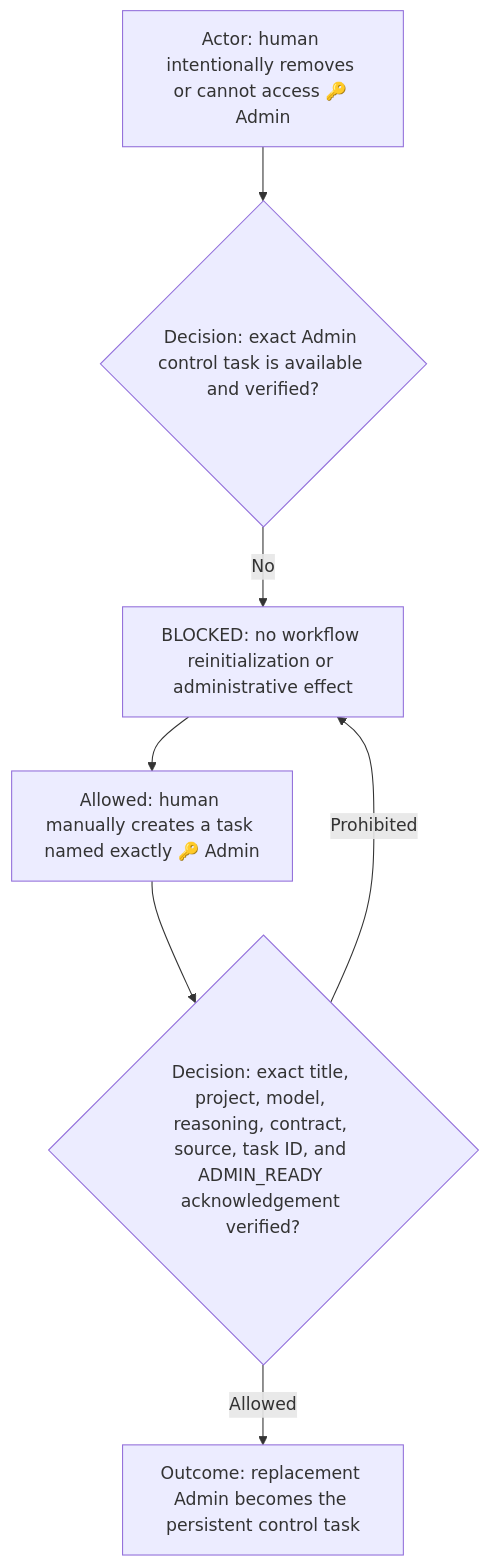
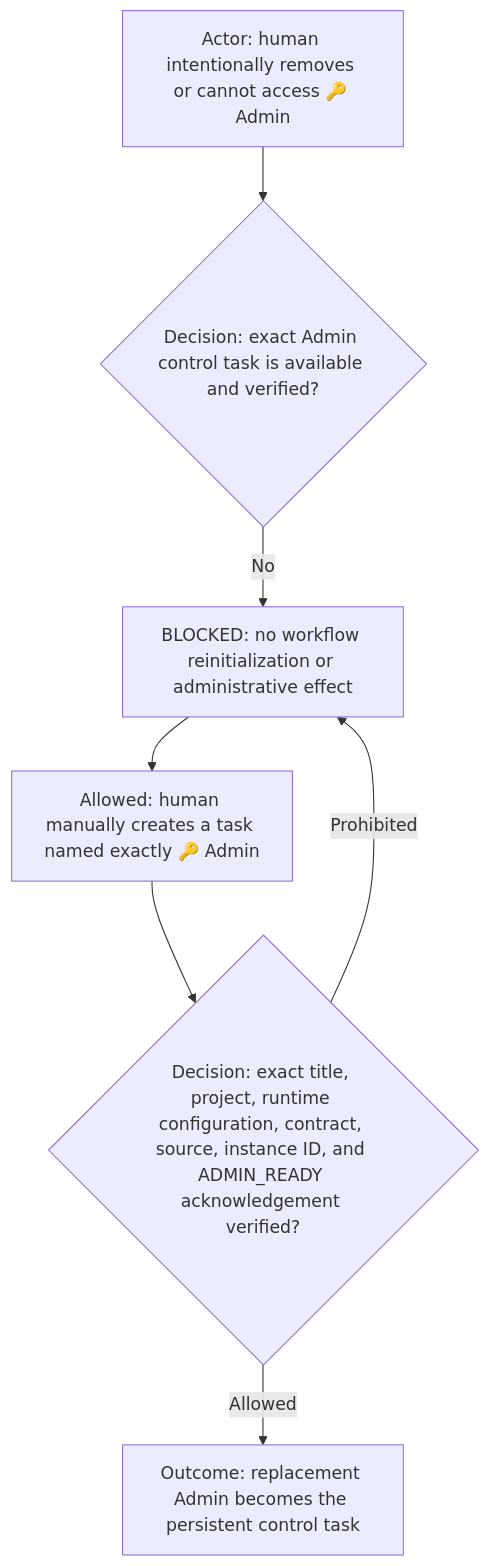
One commit to starodubtsevconsulting/ai-fleas changed the seventh of 7 diagrams in ai-workflows/_common/roles/admin.md. Above: the diagram before and after it, drawn with Mermaid. The commit also changed other lines of this file and 15 other files, not shown here.

````diff
--- a/ai-workflows/_common/roles/admin.md
+++ b/ai-workflows/_common/roles/admin.md
@@ -199,9 +198,9 @@
 ```mermaid
 flowchart TD
   Actor["Actor: human intentionally removes or cannot access 🔑 Admin"] --> Decision{"Decision: exact Admin control task is available and verified?"}
   Decision -->|No| Blocked["BLOCKED: no workflow reinitialization or administrative effect"]
   Blocked --> Recreate["Allowed: human manually creates a task named exactly 🔑 Admin"]
-  Recreate --> Verify{"Decision: exact title, project, model, reasoning, contract, source, task ID, and ADMIN_READY acknowledgement verified?"}
+  Recreate --> Verify{"Decision: exact title, project, runtime configuration, contract, source, instance ID, and ADMIN_READY acknowledgement verified?"}
   Verify -->|Allowed| Outcome["Outcome: replacement Admin becomes the persistent control task"]
   Verify -->|Prohibited| Blocked
 ```
````
